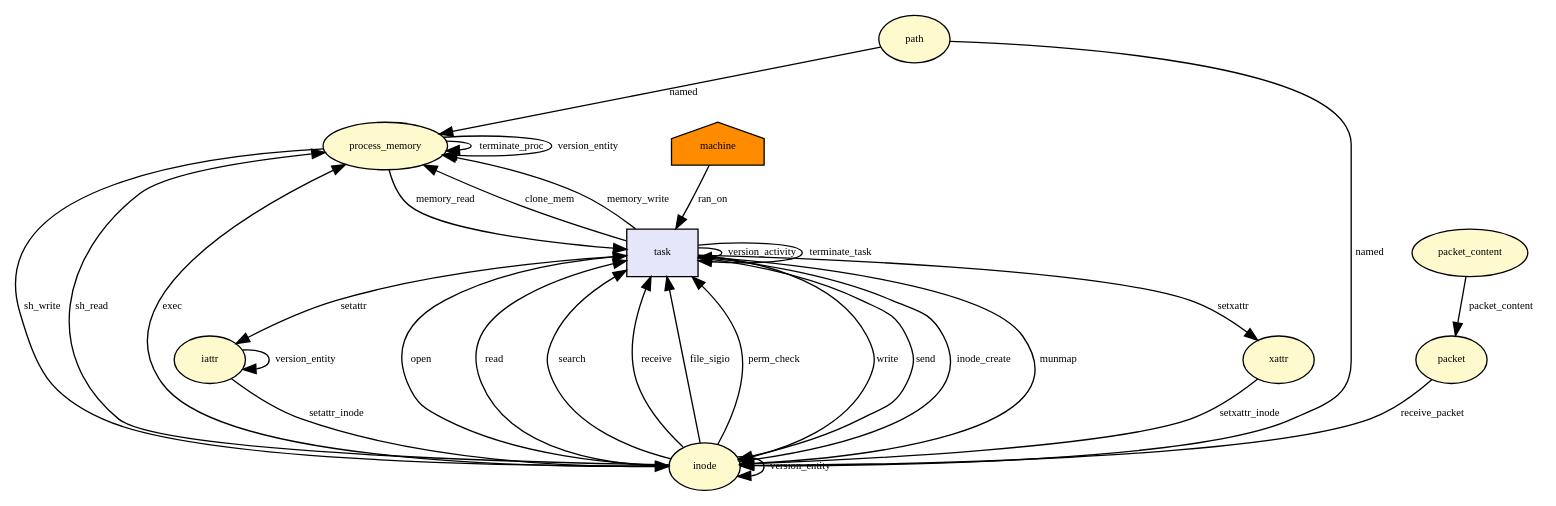
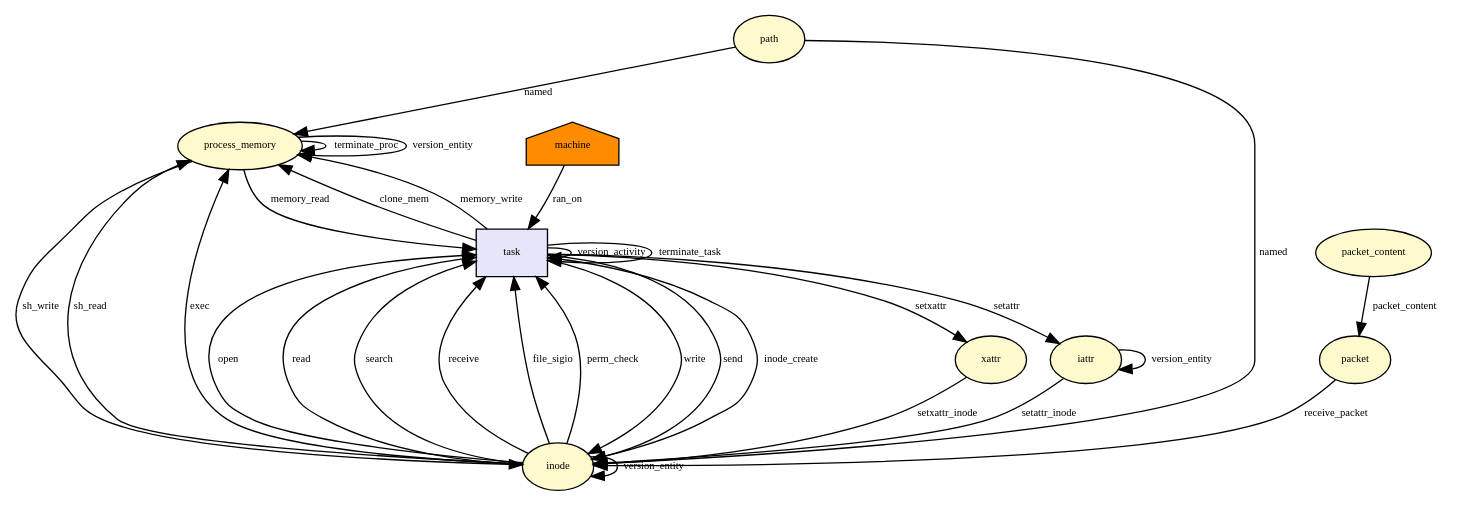
One commit to CamFlow/camflow-dev changed the diagram in docs/dot/__x64_sys_execve.dot. Above: the diagram before and after it, drawn with Graphviz. The commit also changed 43 other files, not shown here.

```diff
--- a/docs/dot/__x64_sys_execve.dot
+++ b/docs/dot/__x64_sys_execve.dot
@@ -1,81 +1,79 @@
 digraph RGL__DirectedAdjacencyGraph {process_memory[fontsize = 8,label = process_memory,shape = ellipse, fillcolor="#fffacd", style = filled]
 
 process_memory -> process_memory[fontsize = 8,label = terminate_proc]
 
 task[fontsize = 8,label = task,shape = rectangle, fillcolor="#e6e6fa", style = filled]
 
 process_memory -> task[fontsize = 8,label = memory_read]
 
 task -> process_memory[fontsize = 8,label = clone_mem]
 
 task -> task[fontsize = 8,label = version_activity]
 
 process_memory -> process_memory[fontsize = 8,label = version_entity]
 
 inode[fontsize = 8,label = inode,shape = ellipse, fillcolor="#fffacd", style = filled]
 
 inode -> process_memory[fontsize = 8,label = sh_read]
 
 path[fontsize = 8,label = path,shape = ellipse, fillcolor="#fffacd", style = filled]
 
 path -> process_memory[fontsize = 8,label = named]
 
 machine[fontsize = 8,label = machine,shape = house, fillcolor="#ff8c00", style = filled]
 
 machine -> task[fontsize = 8,label = ran_on]
 
 path -> inode[fontsize = 8,label = named]
 
 inode -> task[fontsize = 8,label = open]
 
 task -> process_memory[fontsize = 8,label = memory_write]
 
 process_memory -> inode[fontsize = 8,label = sh_write]
 
 inode -> inode[fontsize = 8,label = version_entity]
 
 task -> inode[fontsize = 8,label = write]
 
 inode -> task[fontsize = 8,label = read]
 
 inode -> task[fontsize = 8,label = search]
 
 task -> inode[fontsize = 8,label = send]
 
 inode -> task[fontsize = 8,label = receive]
 
 inode -> process_memory[fontsize = 8,label = exec]
 
 inode -> task[fontsize = 8,label = file_sigio]
 
 task -> inode[fontsize = 8,label = inode_create]
 
 inode -> task[fontsize = 8,label = perm_check]
 
 xattr[fontsize = 8,label = xattr,shape = ellipse, fillcolor="#fffacd", style = filled]
 
 task -> xattr[fontsize = 8,label = setxattr]
 
 xattr -> inode[fontsize = 8,label = setxattr_inode]
 
 iattr[fontsize = 8,label = iattr,shape = ellipse, fillcolor="#fffacd", style = filled]
 
 task -> iattr[fontsize = 8,label = setattr]
 
 iattr -> iattr[fontsize = 8,label = version_entity]
 
 iattr -> inode[fontsize = 8,label = setattr_inode]
 
-task -> inode[fontsize = 8,label = munmap]
-
 packet_content[fontsize = 8,label = packet_content,shape = ellipse, fillcolor="#fffacd", style = filled]
 
 packet[fontsize = 8,label = packet,shape = ellipse, fillcolor="#fffacd", style = filled]
 
 packet_content -> packet[fontsize = 8,label = packet_content]
 
 packet -> inode[fontsize = 8,label = receive_packet]
 
 task -> task[fontsize = 8,label = terminate_task]
 
 }
```
